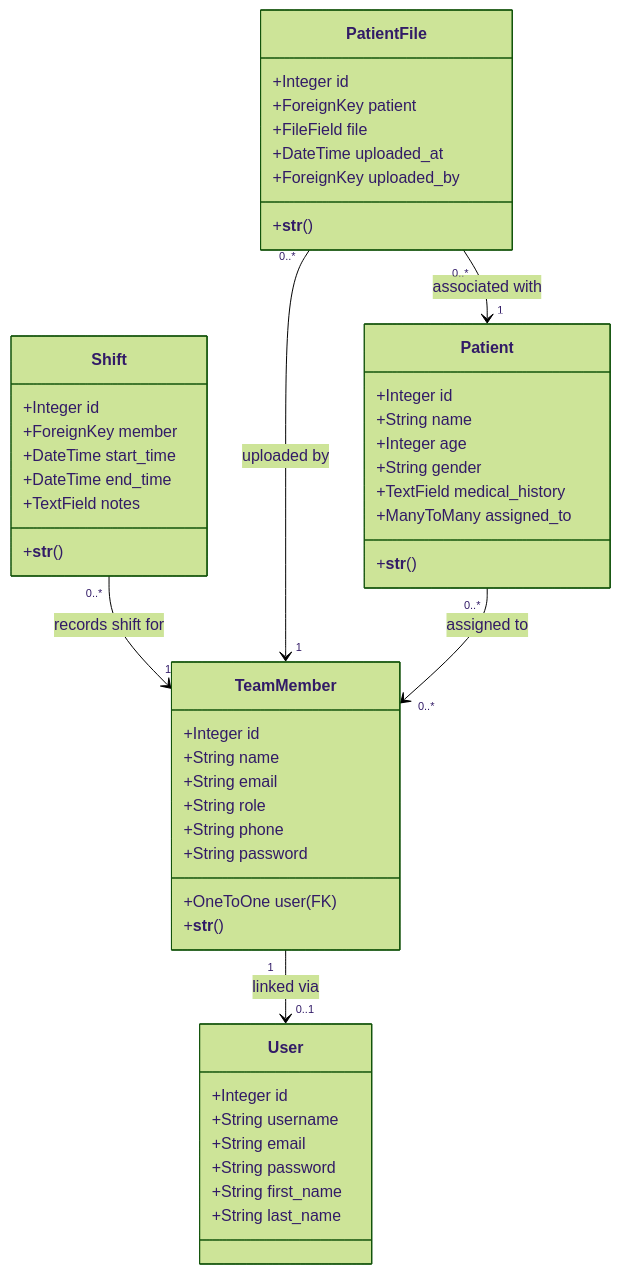
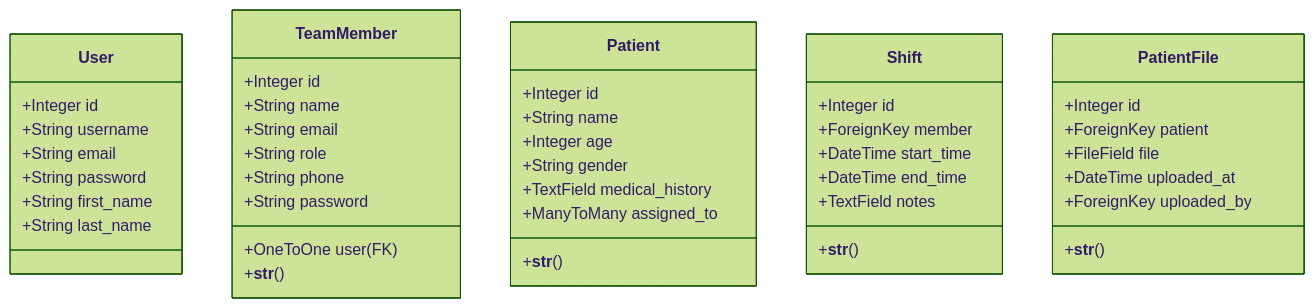
One commit to ZakariaBenarbia/application-de-coordination-medicale changed the diagram in README.md. Above: the diagram before and after it, drawn with Mermaid (forest theme).

````diff
--- a/README.md
+++ b/README.md
@@ -60,56 +60,52 @@
 ```mermaid
 classDiagram
     class User {
         +Integer id
         +String username
         +String email
         +String password
         +String first_name
         +String last_name
     }
 
     class TeamMember {
         +Integer id
         +String name
         +String email
         +String role
         +String phone
         +String password
         +OneToOne user (FK)
         +__str__()
     }
 
     class Patient {
         +Integer id
         +String name
         +Integer age
         +String gender
         +TextField medical_history
         +ManyToMany assigned_to
         +__str__()
     }
 
     class Shift {
         +Integer id
         +ForeignKey member
         +DateTime start_time
         +DateTime end_time
         +TextField notes
         +__str__()
     }
 
     class PatientFile {
         +Integer id
         +ForeignKey patient
         +FileField file
         +DateTime uploaded_at
         +ForeignKey uploaded_by
         +__str__()
     }
 
-    TeamMember "1" --> "0..1" User : linked via
-    Shift "0..*" --> "1" TeamMember : records shift for
-    PatientFile "0..*" --> "1" TeamMember : uploaded by
-    PatientFile "0..*" --> "1" Patient : associated with
-    Patient "0..*" --> "0..*" TeamMember : assigned to
+   
 ```
````
